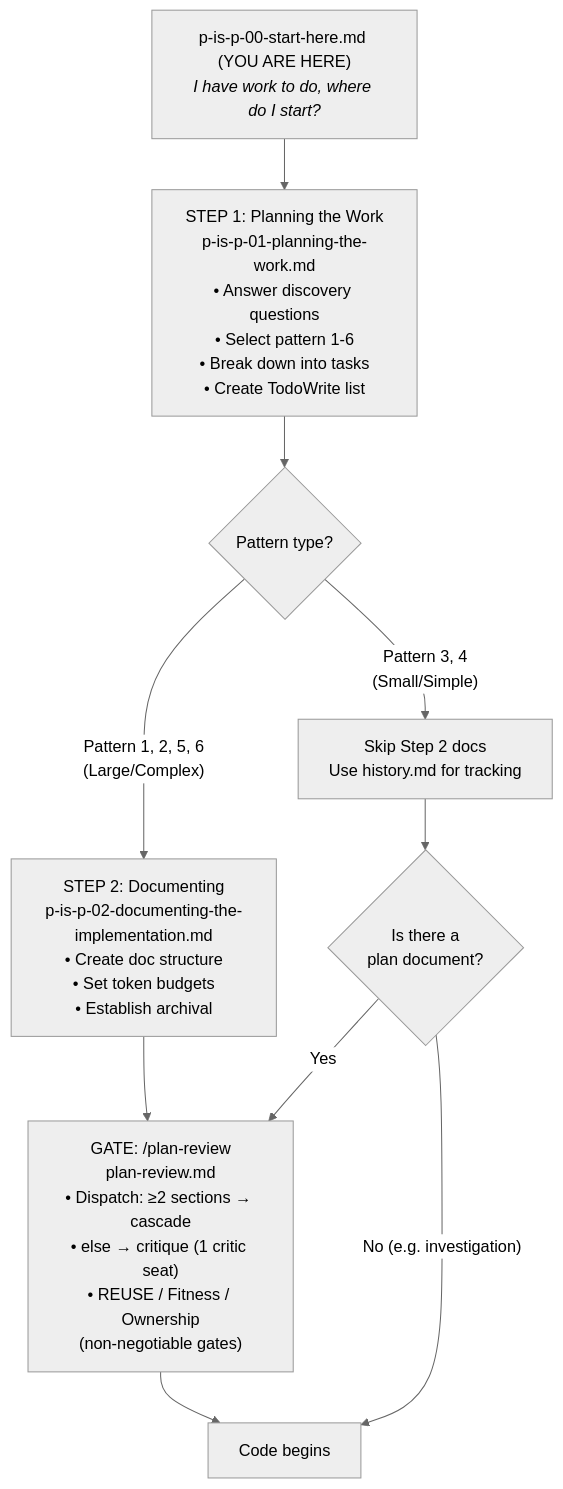
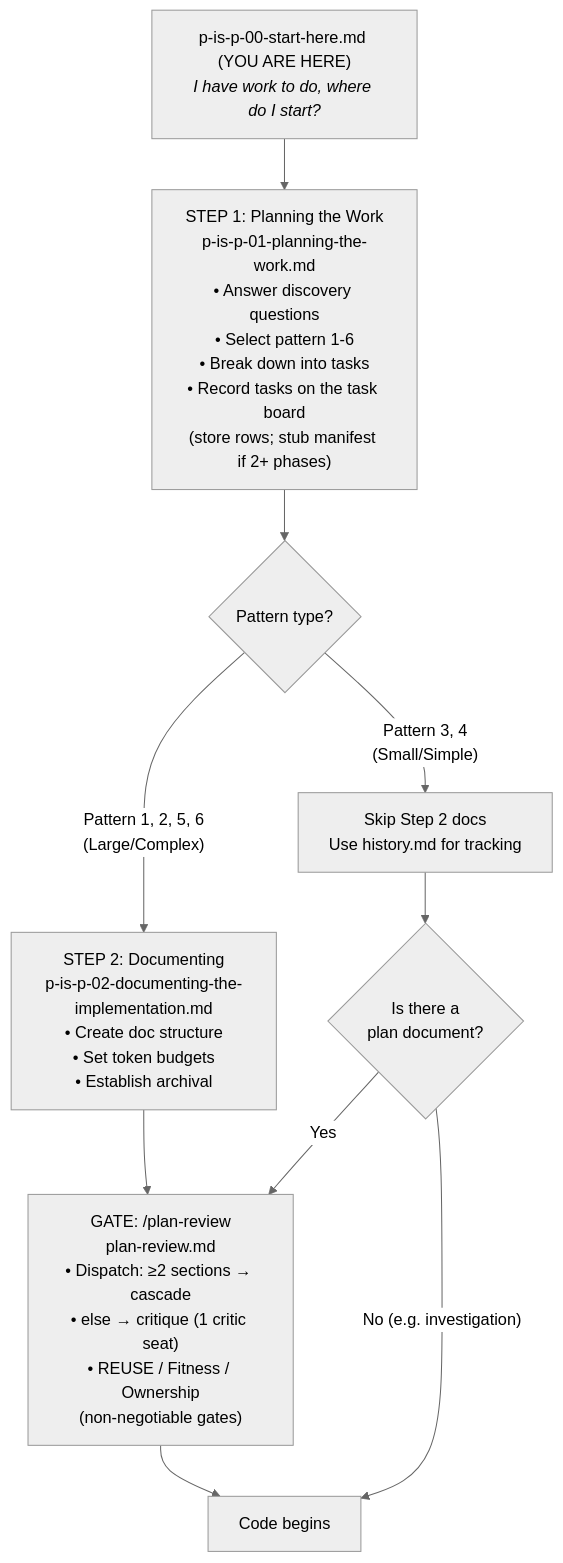
One commit to deepily/planning-is-prompting changed the diagram in workflow/p-is-p-00-start-here.md. Above: the diagram before and after it, drawn with Mermaid (neutral theme). The commit also changed other lines of this file and 2 other files, not shown here.

First line of the commit message:
[PLAN] p-is-p-00/01/02: owed work lives in the task store, not a TodoWrite list

````diff
--- a/workflow/p-is-p-00-start-here.md
+++ b/workflow/p-is-p-00-start-here.md
@@ -260,15 +260,15 @@
 ```mermaid
 flowchart TD
     Start["p-is-p-00-start-here.md (YOU ARE HERE)<br><i>I have work to do, where do I start?</i>"]
-    Step1["STEP 1: Planning the Work<br>p-is-p-01-planning-the-work.md<br>• Answer discovery questions<br>• Select pattern 1-6<br>• Break down into tasks<br>• Create TodoWrite list"]
+    Step1["STEP 1: Planning the Work<br>p-is-p-01-planning-the-work.md<br>• Answer discovery questions<br>• Select pattern 1-6<br>• Break down into tasks<br>• Record tasks on the task board<br>(store rows; stub manifest if 2+ phases)"]
     Start --> Step1
     Step1 --> Branch{Pattern type?}
     Branch -->|"Pattern 1, 2, 5, 6<br>(Large/Complex)"| Step2["STEP 2: Documenting<br>p-is-p-02-documenting-the-implementation.md<br>• Create doc structure<br>• Set token budgets<br>• Establish archival"]
     Branch -->|"Pattern 3, 4<br>(Small/Simple)"| Skip["Skip Step 2 docs<br>Use history.md for tracking"]
     Review["GATE: /plan-review<br>plan-review.md<br>• Dispatch: ≥2 sections → cascade<br>• else → critique (1 critic seat)<br>• REUSE / Fitness / Ownership<br>(non-negotiable gates)"]
     Step2 --> Review
     Skip --> HasDoc{Is there a<br>plan document?}
     HasDoc -->|Yes| Review
     HasDoc -->|"No (e.g. investigation)"| Code
     Review --> Code["Code begins"]
 ```
````
